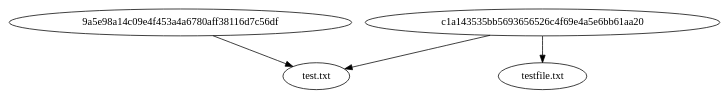
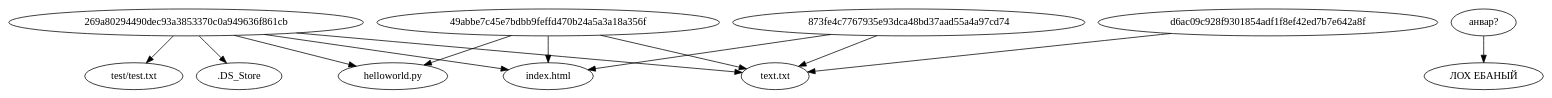
The diagram in task2/dependencies_graph.puml (weirdflexer/scm-mirea), drawn with PlantUML before and after one commit. The commit also changed 9 other files, not shown here.

```diff
--- a/task2/dependencies_graph.puml
+++ b/task2/dependencies_graph.puml
@@ -1,7 +1,16 @@
 @startuml
 digraph G {
-    "c1a143535bb5693656526c4f69e4a5e6bb61aa20" -> "test.txt"
-    "9a5e98a14c09e4f453a4a6780aff38116d7c56df" -> "test.txt"
-    "c1a143535bb5693656526c4f69e4a5e6bb61aa20" -> "testfile.txt"
+    "269a80294490dec93a3853370c0a949636f861cb" -> ".DS_Store"
+    "269a80294490dec93a3853370c0a949636f861cb" -> "helloworld.py"
+    "49abbe7c45e7bdbb9feffd470b24a5a3a18a356f" -> "helloworld.py"
+    "269a80294490dec93a3853370c0a949636f861cb" -> "index.html"
+    "49abbe7c45e7bdbb9feffd470b24a5a3a18a356f" -> "index.html"
+    "873fe4c7767935e93dca48bd37aad55a4a97cd74" -> "index.html"
+    "269a80294490dec93a3853370c0a949636f861cb" -> "test/test.txt"
+    "269a80294490dec93a3853370c0a949636f861cb" -> "text.txt"
+    "49abbe7c45e7bdbb9feffd470b24a5a3a18a356f" -> "text.txt"
+    "873fe4c7767935e93dca48bd37aad55a4a97cd74" -> "text.txt"
+    "d6ac09c928f9301854adf1f8ef42ed7b7e642a8f" -> "text.txt"
+    "анвар?" -> "ЛОХ ЕБАНЫЙ"
 }
 @enduml
```
